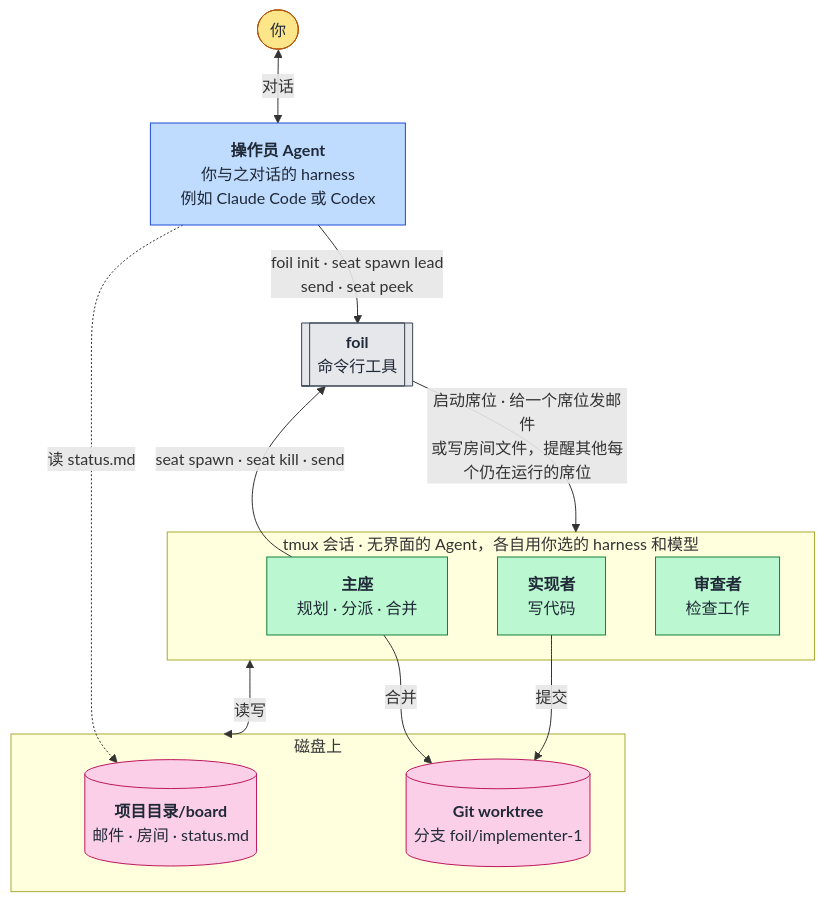
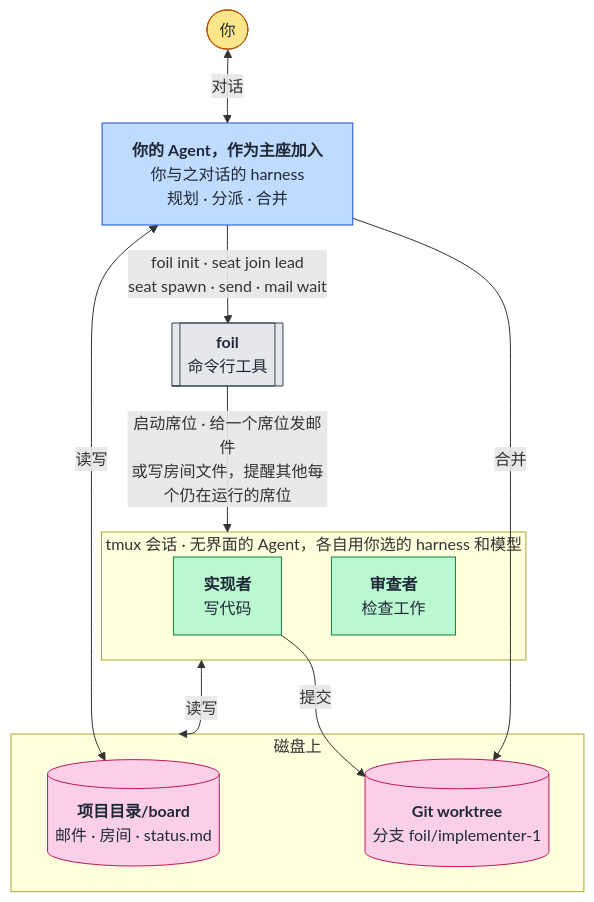
The diagram in README.zh-CN.md (TiantianFlow/foil), drawn with Mermaid before and after one commit. The commit also changed other lines of this file and 37 other files, not shown here.

First line of the commit message:
Let your own agent join the fleet as its lead (#92)

````diff
--- a/README.zh-CN.md
+++ b/README.zh-CN.md
@@ -37,37 +37,35 @@
 ```mermaid
 flowchart TB
   you(["你"])
-  operator["<b>操作员 Agent</b><br/>你与之对话的 harness<br/>例如 Claude Code 或 Codex"]
+  lead["<b>你的 Agent，作为主座加入</b><br/>你与之对话的 harness<br/>规划 · 分派 · 合并"]
   foil[["<b>foil</b><br/>命令行工具"]]
 
   subgraph fleet["tmux 会话 · 无界面的 Agent，各自用你选的 harness 和模型"]
-    lead["<b>主座</b><br/>规划 · 分派 · 合并"]
     impl["<b>实现者</b><br/>写代码"]
     rev["<b>审查者</b><br/>检查工作"]
   end
 
   subgraph disk["磁盘上"]
     board[("<b>项目目录/board</b><br/>邮件 · 房间 · status.md")]
     tree[("<b>Git worktree</b><br/>分支 foil/implementer-1")]
   end
 
-  you <-->|对话| operator
-  operator -->|"foil init · seat spawn lead<br/>send · seat peek"| foil
-  lead -->|"seat spawn · seat kill · send"| foil
+  you <-->|对话| lead
+  lead -->|"foil init · seat join lead<br/>seat spawn · send · mail wait"| foil
   foil -->|"启动席位 · 给一个席位发邮件<br/>或写房间文件，提醒其他每个仍在运行的席位"| fleet
   fleet <-->|读写| disk
+  lead <-->|读写| board
   impl -->|提交| tree
   lead -->|合并| tree
-  operator -.->|读 status.md| board
 
   classDef human fill:#fde68a,stroke:#b45309,color:#1f2937
   classDef yours fill:#bfdbfe,stroke:#1d4ed8,color:#1f2937
   classDef tool fill:#e5e7eb,stroke:#374151,color:#1f2937
   classDef seat fill:#bbf7d0,stroke:#15803d,color:#1f2937
   classDef data fill:#fbcfe8,stroke:#be185d,color:#1f2937
   class you human
-  class operator yours
+  class lead yours
   class foil tool
-  class lead,impl,rev seat
+  class impl,rev seat
   class board,tree data
 ```
````
